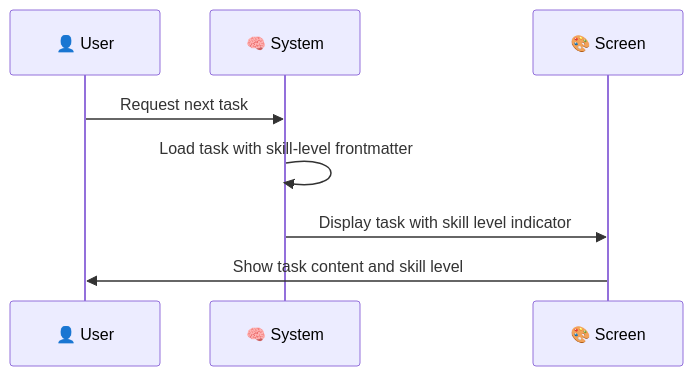
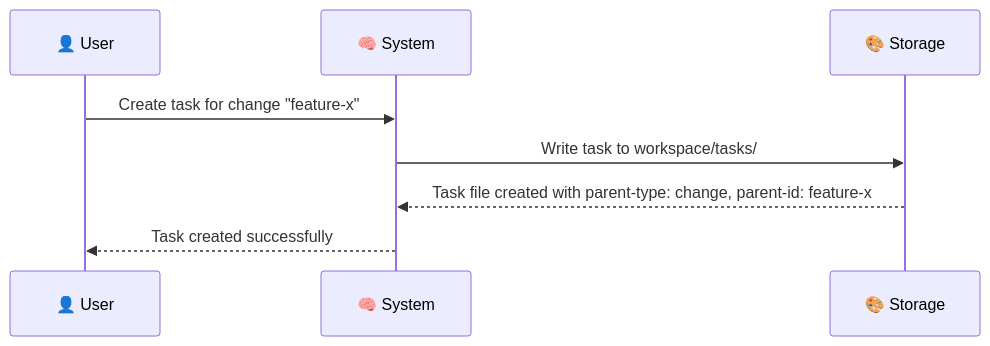
The first of 3 diagrams in workspace/drafts/request.md (appboypov/pew-pew-plx), drawn with Mermaid before and after one commit. The commit also changed other lines of this file and 210 other files, not shown here.

First line of the commit message:
feat(tasks): implement centralized task storage with parent linking (#76)

````diff
--- a/workspace/drafts/request.md
+++ b/workspace/drafts/request.md
@@ -34,11 +40,11 @@
 ```mermaid
 sequenceDiagram
-    participant 👤 User
-    participant 🧠 System
-    participant 🎨 Screen
+    participant User as 👤 User
+    participant System as 🧠 System
+    participant Storage as 🎨 Storage
 
-    👤 User->>🧠 System: Request next task
-    🧠 System->>🧠 System: Load task with skill-level frontmatter
-    🧠 System->>🎨 Screen: Display task with skill level indicator
-    🎨 Screen->>👤 User: Show task content and skill level
+    User->>System: Create task for change "feature-x"
+    System->>Storage: Write task to workspace/tasks/
+    Storage-->>System: Task file created with parent-type: change, parent-id: feature-x
+    System-->>User: Task created successfully
 ```
````
